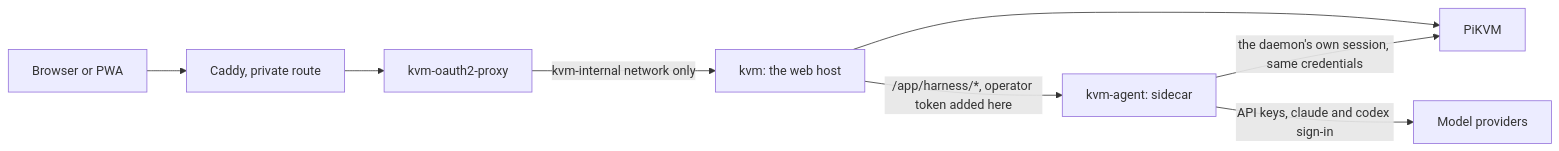
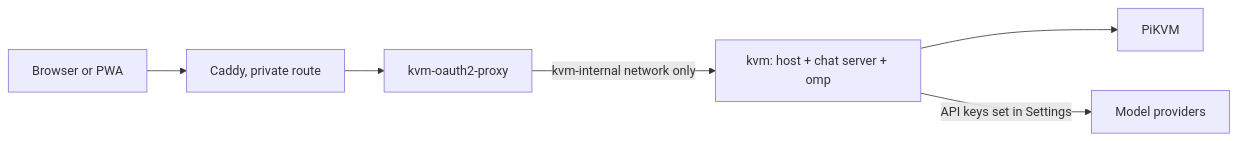
Before and after one commit to kierandrewett/pikvm-desktop-agentic: the diagram in docs/deploy-web.md, drawn with Mermaid. The commit also changed other lines of this file and 10 other files, not shown here.

````diff
--- a/docs/deploy-web.md
+++ b/docs/deploy-web.md
@@ -14,10 +8,8 @@
 ```mermaid
 flowchart LR
     phone[Browser or PWA] --> caddy[Caddy, private route]
     caddy --> proxy[kvm-oauth2-proxy]
-    proxy -->|kvm-internal network only| kvm[kvm: the web host]
-    kvm -->|/app/harness/*, operator token added here| agent[kvm-agent: sidecar]
+    proxy -->|kvm-internal network only| kvm[kvm: host + chat server + omp]
     kvm --> pi[PiKVM]
-    agent -->|the daemon's own session, same credentials| pi
-    agent -->|API keys, claude and codex sign-in| models[Model providers]
+    kvm -->|API keys set in Settings| models[Model providers]
 ```
````
